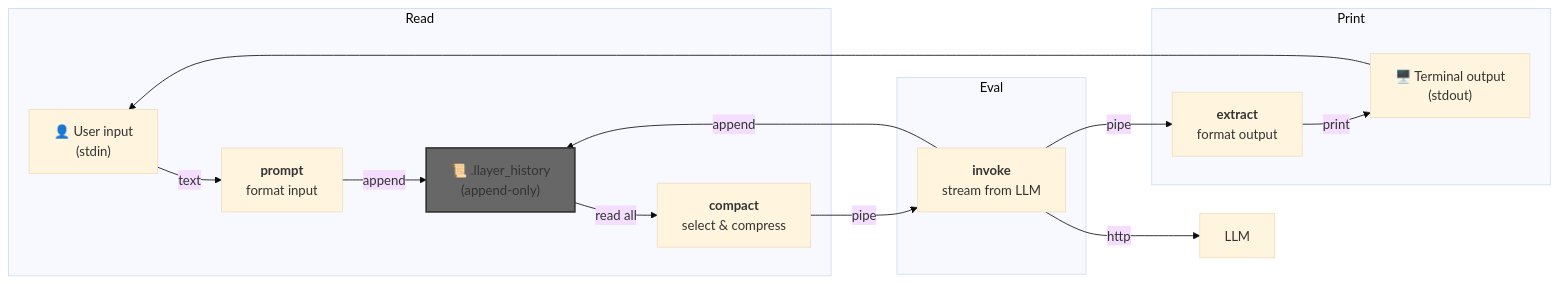
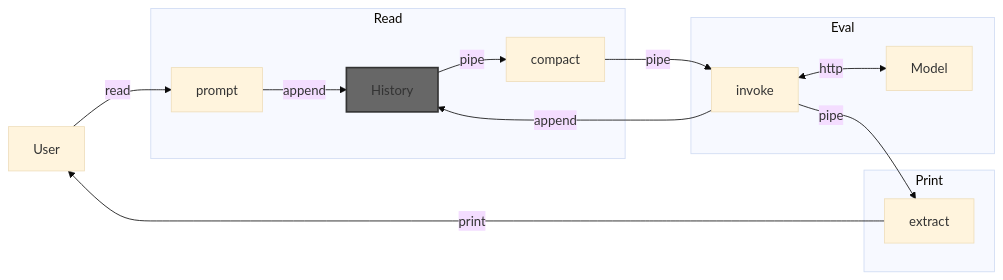
Before and after one commit to cloudkj/llayer: the diagram in README.md, drawn with Mermaid (base theme). The commit also changed other lines of this file and 1 other file, not shown here.

Commit message:
Remove Python dependency from prompt tool

````diff
--- a/README.md
+++ b/README.md
@@ -52,32 +48,30 @@
 ```mermaid
 graph LR
+    User
+
     subgraph Read
-        User["👤 User input<br/>(stdin)"]
-        Prompt["<b>prompt</b><br/>format input"]
-        History["📜 .llayer_history<br/>(append-only)"]
-        Compact["<b>compact</b><br/>select & compress"]
+        prompt
+        History
+        compact
     end
 
     subgraph Eval
-        Invoke["<b>invoke</b><br/>stream from LLM"]
+        invoke
+        Model
     end
 
     subgraph Print
-        Extract["<b>extract</b><br/>format output"]
-        Screen["🖥️ Terminal output<br/>(stdout)"]
+        extract
     end
 
-    Model["LLM"]
-
-    User -->|text| Prompt
-    Prompt -->|append| History
-    History -->|read all| Compact
-    Compact -->|pipe| Invoke
-    Invoke -->|append| History
-    Invoke -->|pipe| Extract
-    Invoke -->|http| Model
-    Extract -->|print| Screen
-    Screen --> User
+    User -->|read| prompt
+    prompt -->|append| History
+    History -->|pipe| compact
+    compact -->|pipe| invoke
+    invoke -->|append| History
+    invoke -->|pipe| extract
+    invoke <-->|http| Model
+    extract -->|print| User
 
     style History fill:#676767,stroke:#333,stroke-width:2px
 ```
````
